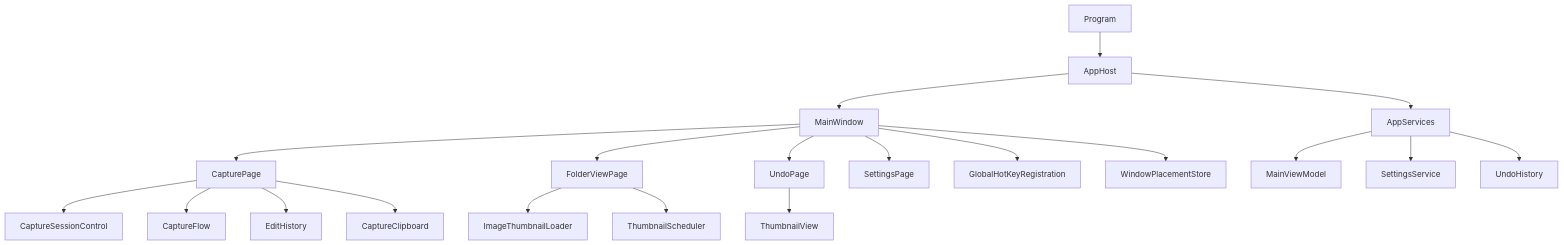
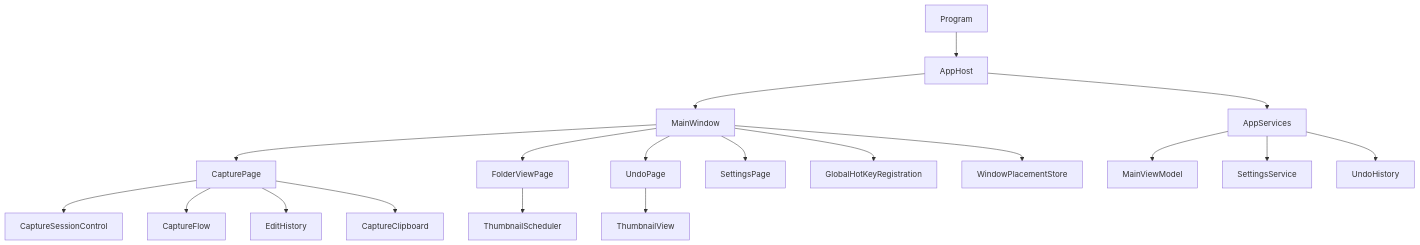
Before and after one commit to tomokuni/SaveEvidence: the first of 5 diagrams in src/App.WinUI3/docs/SPEC_System.md, drawn with Mermaid. The commit also changed other lines of this file and 7 other files, not shown here.

````diff
--- a/src/App.WinUI3/docs/SPEC_System.md
+++ b/src/App.WinUI3/docs/SPEC_System.md
@@ -59,22 +59,21 @@
 ```mermaid
 graph TD
     Program --> AppHost
     AppHost --> AppServices
     AppHost --> MainWindow
     MainWindow --> CapturePage
     MainWindow --> FolderViewPage
     MainWindow --> UndoPage
     MainWindow --> SettingsPage
     CapturePage --> CaptureSessionControl
     CapturePage --> CaptureFlow
     CapturePage --> EditHistory
     CapturePage --> CaptureClipboard
     MainWindow --> GlobalHotKeyRegistration
     MainWindow --> WindowPlacementStore
-    FolderViewPage --> ImageThumbnailLoader
     FolderViewPage --> ThumbnailScheduler
     UndoPage --> ThumbnailView
     AppServices --> MainViewModel
     AppServices --> SettingsService
     AppServices --> UndoHistory
 ```
````
